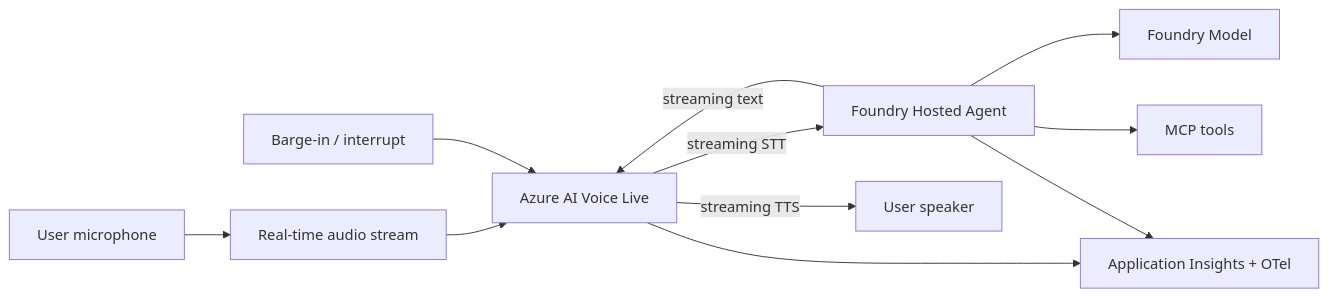
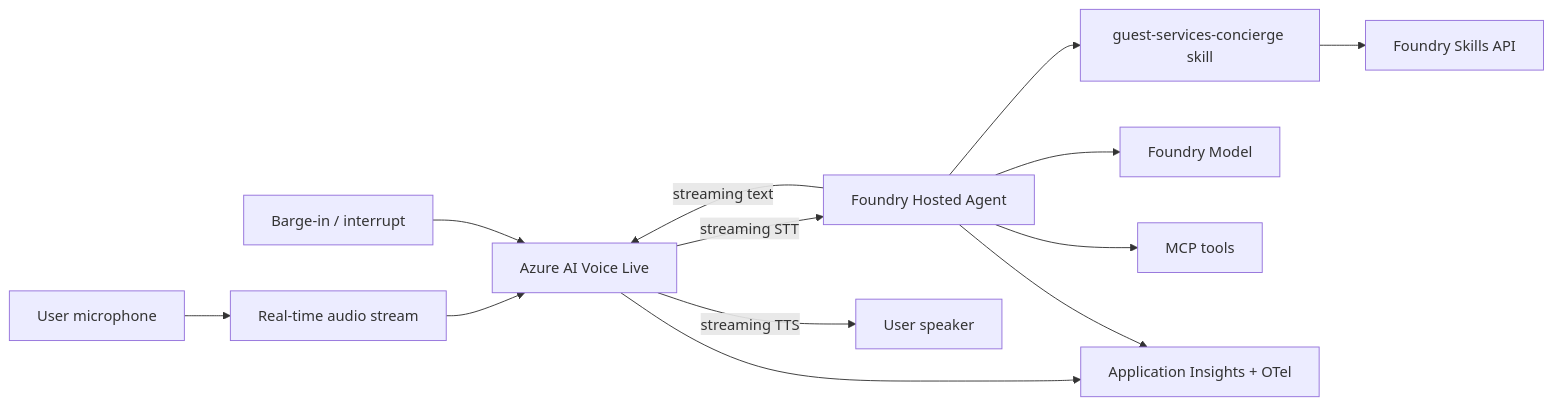
Before and after one commit to aiappsgbb/agentic-loop: the diagram in playbooks/voice-first-agent-blueprint/README.md, drawn with Mermaid. The commit also changed other lines of this file and 5 other files, not shown here.

````diff
--- a/playbooks/voice-first-agent-blueprint/README.md
+++ b/playbooks/voice-first-agent-blueprint/README.md
@@ -27,13 +27,15 @@
 ```mermaid
 flowchart LR
   Mic[User microphone] --> Stream[Real-time audio stream]
   Stream --> Voice[Azure AI Voice Live]
   Voice -->|streaming STT| Agent[Foundry Hosted Agent]
+  Agent --> Skill[guest-services-concierge skill]
+  Skill --> SkillsAPI[Foundry Skills API]
   Agent --> Model[Foundry Model]
   Agent --> Tools[MCP tools]
   Agent -->|streaming text| Voice
   Voice -->|streaming TTS| Speaker[User speaker]
   Bargein[Barge-in / interrupt] --> Voice
   Voice --> Insights[Application Insights + OTel]
   Agent --> Insights
 ```
````
